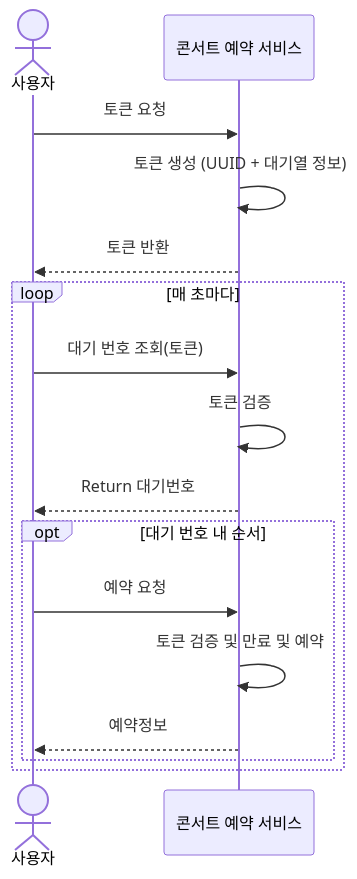
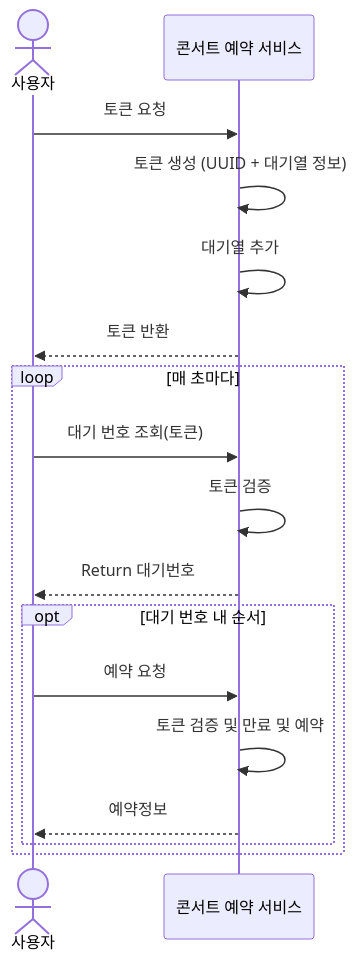
The first of 5 diagrams in README.md (wsdf25867/booking), drawn with Mermaid before and after one commit. The commit also changed other lines of this file, not shown here.

Commit message:
docs(README): 시퀀스다이어그램 activate -> + 문법 적용

````diff
--- a/README.md
+++ b/README.md
@@ -33,23 +33,23 @@
 ```mermaid
 sequenceDiagram
     actor User as 사용자
     participant Service as 콘서트 예약 서비스
+    User ->> Service: 토큰 요청
+    Service ->> Service: 토큰 생성 (UUID + 대기열 정보)
+    Service ->> Service: 대기열 추가
+    Service -->> User: 토큰 반환
 
-    User->>Service: 토큰 요청
-    Service->>Service: 토큰 생성 (UUID + 대기열 정보)
-    Service-->>User: 토큰 반환
- 
     loop 매 초마다
-        User->>Service: 대기 번호 조회(토큰)
-        Service->>Service: 토큰 검증
+        User ->> Service: 대기 번호 조회(토큰)
+        Service ->> Service: 토큰 검증
         Service -->> User: Return 대기번호
         opt 대기 번호 내 순서
-            User->>Service: 예약 요청
-            Service->>Service: 토큰 검증 및 만료 및 예약
-            Service-->>User: 예약정보
+            User ->> Service: 예약 요청
+            Service ->> Service: 토큰 검증 및 만료 및 예약
+            Service -->> User: 예약정보
         end
     end
-    
-    
-        
+
+
+
 ```
````
